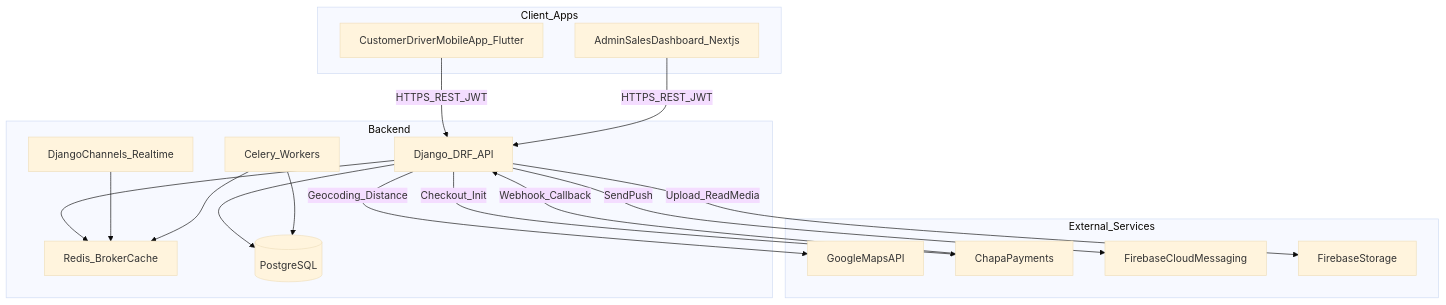
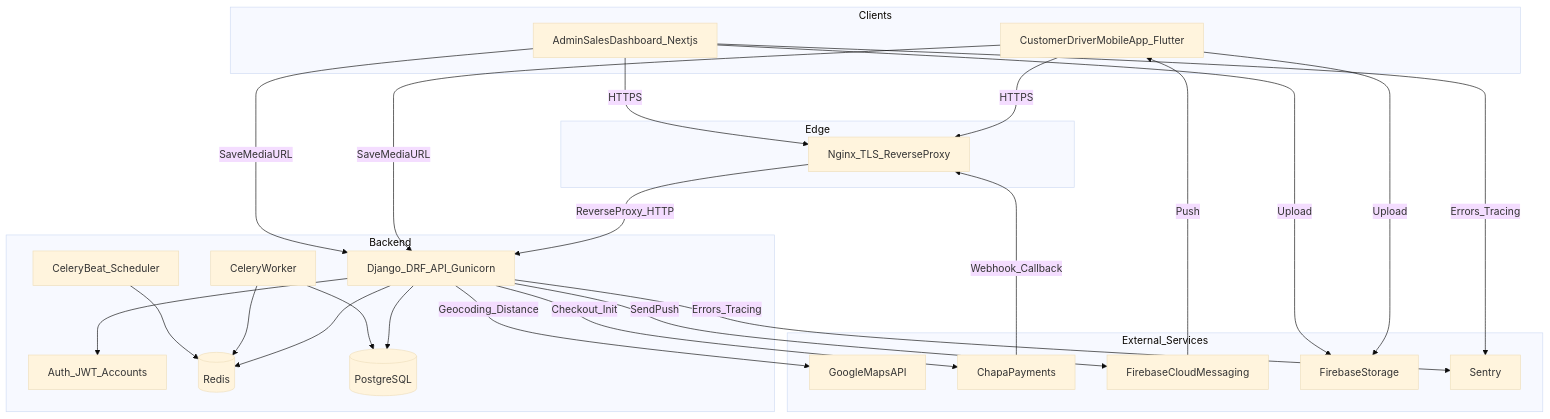
The first of 2 diagrams in docs/architecture.md (nahum-code/kech-delivery-app), drawn with Mermaid (base theme) before and after one commit. The commit also changed other lines of this file and 1 other file, not shown here.

Commit message:
fix: system architecture and backend-service plan

````diff
--- a/docs/architecture.md
+++ b/docs/architecture.md
@@ -21,38 +22,54 @@
 ```mermaid
 flowchart TB
-  subgraph clientApps [Client_Apps]
+  subgraph clients [Clients]
     Mobile[CustomerDriverMobileApp_Flutter]
     WebDash[AdminSalesDashboard_Nextjs]
   end
 
+  subgraph edge [Edge]
+    Nginx[Nginx_TLS_ReverseProxy]
+  end
+
   subgraph backend [Backend]
-    API[Django_DRF_API]
-    Channels[DjangoChannels_Realtime]
-    Worker[Celery_Workers]
-    Broker[Redis_BrokerCache]
+    API[Django_DRF_API_Gunicorn]
+    Auth[Auth_JWT_Accounts]
+    Worker[CeleryWorker]
+    Beat[CeleryBeat_Scheduler]
+    Redis[(Redis)]
     DB[(PostgreSQL)]
   end
 
   subgraph external [External_Services]
     Maps[GoogleMapsAPI]
     Chapa[ChapaPayments]
     FCM[FirebaseCloudMessaging]
     Storage[FirebaseStorage]
+    Sentry[Sentry]
   end
 
-  Mobile -->|HTTPS_REST_JWT| API
-  WebDash -->|HTTPS_REST_JWT| API
+  Mobile -->|HTTPS| Nginx
+  WebDash -->|HTTPS| Nginx
+  Nginx -->|ReverseProxy_HTTP| API
 
+  API --> Auth
   API --> DB
-  API --> Broker
-  Channels --> Broker
-  Worker --> Broker
+  API --> Redis
+  Worker --> Redis
+  Beat --> Redis
   Worker --> DB
 
   API -->|Geocoding_Distance| Maps
   API -->|Checkout_Init| Chapa
-  Chapa -->|Webhook_Callback| API
+  Chapa -->|Webhook_Callback| Nginx
 
   API -->|SendPush| FCM
-  API -->|Upload_ReadMedia| Storage
+  FCM -->|Push| Mobile
+
+  Mobile -->|Upload| Storage
+  WebDash -->|Upload| Storage
+  Mobile -->|SaveMediaURL| API
+  WebDash -->|SaveMediaURL| API
+
+  API -->|Errors_Tracing| Sentry
+  WebDash -->|Errors_Tracing| Sentry
 ```
````
